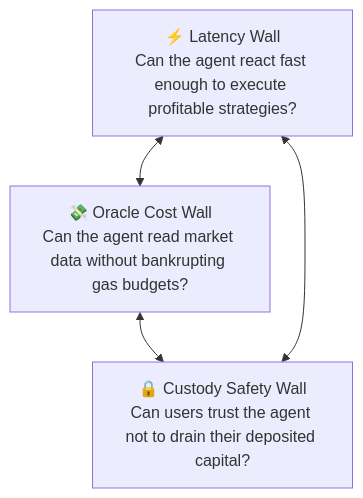
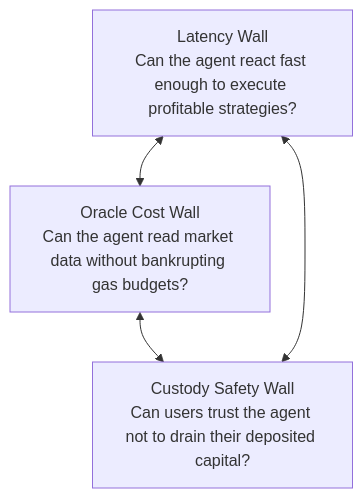
One commit to youngcrypton/nexus-agents changed the diagram in docs/01-introduction/problem-statement.md. Above: the diagram before and after it, drawn with Mermaid. The commit also changed 8 other files, not shown here.

````diff
--- a/docs/01-introduction/problem-statement.md
+++ b/docs/01-introduction/problem-statement.md
@@ -7,10 +7,10 @@
 ```mermaid
 graph TD
-    Latency["⚡ Latency Wall<br/>Can the agent react fast enough to execute profitable strategies?"]
-    Oracle["💸 Oracle Cost Wall<br/>Can the agent read market data without bankrupting gas budgets?"]
-    Custody["🔒 Custody Safety Wall<br/>Can users trust the agent not to drain their deposited capital?"]
+    Latency["Latency Wall<br/>Can the agent react fast enough to execute profitable strategies?"]
+    Oracle["Oracle Cost Wall<br/>Can the agent read market data without bankrupting gas budgets?"]
+    Custody["Custody Safety Wall<br/>Can users trust the agent not to drain their deposited capital?"]
 
     Latency <--> Oracle
     Oracle <--> Custody
     Custody <--> Latency
 ```
````
